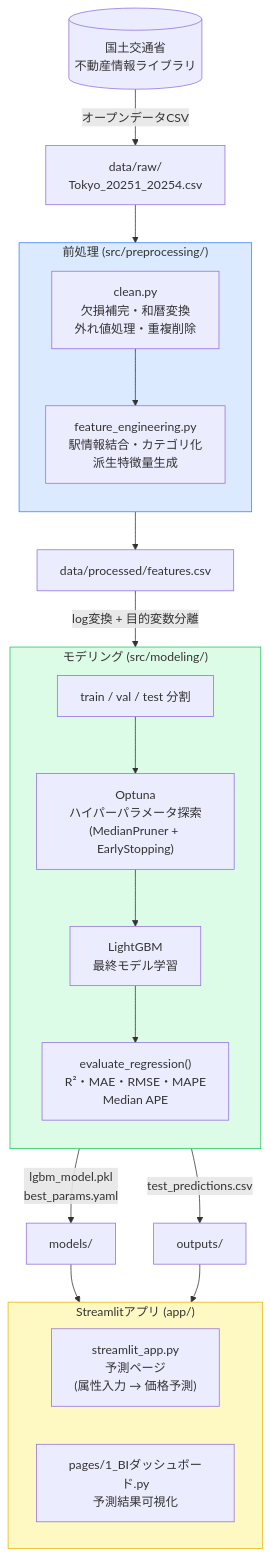
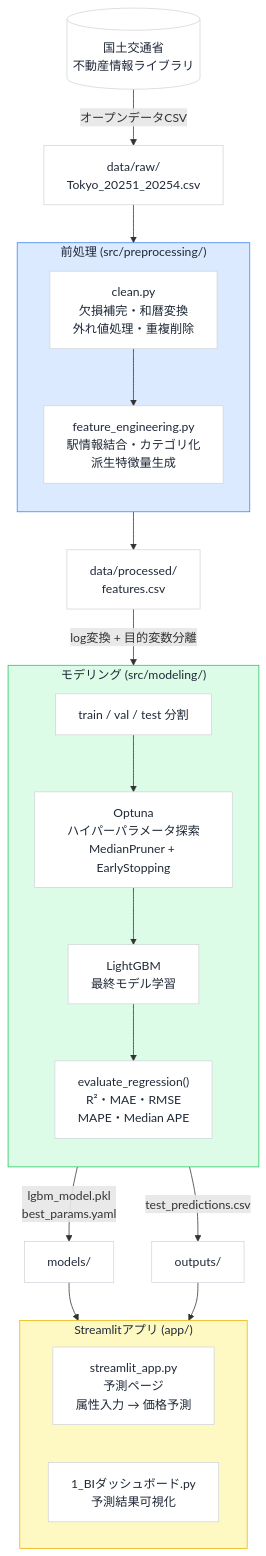
The diagram in docs/system_pipeline_flowchart.md (kotouharuto/House-price-forecast), drawn with Mermaid before and after one commit. The commit also changed 9 other files, not shown here.

Commit message:
add: 地図機能の実装(駅単位)

````diff
--- a/docs/system_pipeline_flowchart.md
+++ b/docs/system_pipeline_flowchart.md
@@ -5,41 +5,43 @@
 ```mermaid
 flowchart TD
-    DS[(国土交通省\n不動産情報ライブラリ)] -->|オープンデータCSV| RAW[data/raw/\nTokyo_20251_20254.csv]
+    DS[(国土交通省<br/>不動産情報ライブラリ)] -->|オープンデータCSV| RAW["data/raw/<br/>Tokyo_20251_20254.csv"]
 
     subgraph PREP["前処理 (src/preprocessing/)"]
         direction TB
-        CLEAN["clean.py\n欠損補完・和暦変換\n外れ値処理・重複削除"]
-        FE["feature_engineering.py\n駅情報結合・カテゴリ化\n派生特徴量生成"]
+        CLEAN["clean.py<br/>欠損補完・和暦変換<br/>外れ値処理・重複削除"]
+        FE["feature_engineering.py<br/>駅情報結合・カテゴリ化<br/>派生特徴量生成"]
         CLEAN --> FE
     end
 
     RAW --> PREP
-    FE --> FCSV[data/processed/features.csv]
+    FE --> FCSV["data/processed/<br/>features.csv"]
 
     subgraph ML["モデリング (src/modeling/)"]
         direction TB
         SPLIT["train / val / test 分割"]
-        OPTUNA["Optuna\nハイパーパラメータ探索\n(MedianPruner + EarlyStopping)"]
-        TRAIN["LightGBM\n最終モデル学習"]
-        EVAL["evaluate_regression()\nR²・MAE・RMSE・MAPE\nMedian APE"]
+        OPTUNA["Optuna<br/>ハイパーパラメータ探索<br/>MedianPruner + EarlyStopping"]
+        TRAIN["LightGBM<br/>最終モデル学習"]
+        EVAL["evaluate_regression()<br/>R²・MAE・RMSE<br/>MAPE・Median APE"]
         SPLIT --> OPTUNA --> TRAIN --> EVAL
     end
 
     FCSV -->|log変換 + 目的変数分離| ML
 
-    EVAL -->|lgbm_model.pkl\nbest_params.yaml| MDIR[models/]
+    EVAL -->|"lgbm_model.pkl<br/>best_params.yaml"| MDIR[models/]
     EVAL -->|test_predictions.csv| ODIR[outputs/]
 
     subgraph APP["Streamlitアプリ (app/)"]
         direction LR
-        MAIN["streamlit_app.py\n予測ページ\n(属性入力 → 価格予測)"]
-        BI["pages/1_BIダッシュボード.py\n予測結果可視化"]
+        MAIN["streamlit_app.py<br/>予測ページ<br/>属性入力 → 価格予測"]
+        BI["1_BIダッシュボード.py<br/>予測結果可視化"]
     end
 
     MDIR --> MAIN
     ODIR --> BI
 
-    style PREP fill:#dbeafe,stroke:#3b82f6
-    style ML fill:#dcfce7,stroke:#22c55e
-    style APP fill:#fef9c3,stroke:#eab308
+    style PREP fill:#dbeafe,stroke:#3b82f6,color:#1f2937
+    style ML fill:#dcfce7,stroke:#22c55e,color:#1f2937
+    style APP fill:#fef9c3,stroke:#eab308,color:#1f2937
+
+    classDef default fill:#ffffff,color:#1f2937,stroke:#d1d5db
 ```
````
